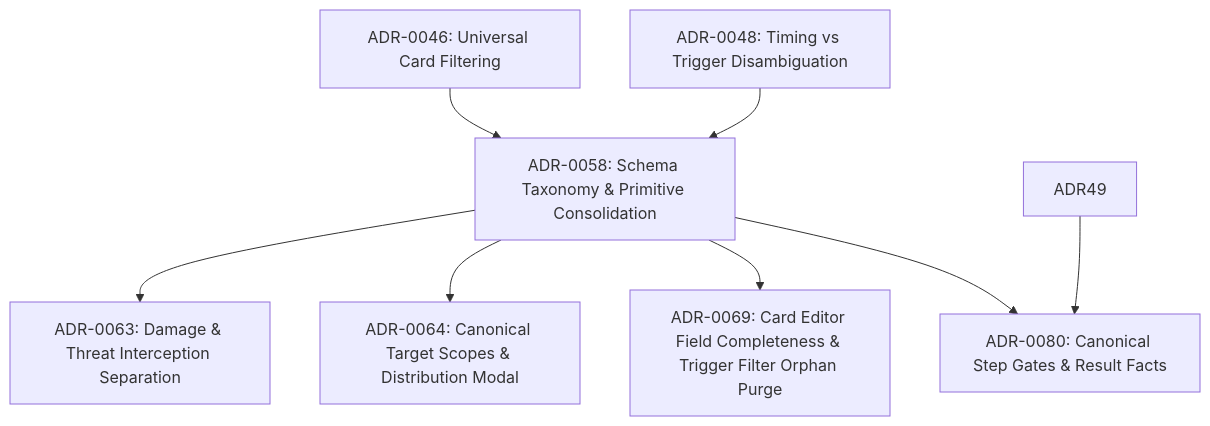
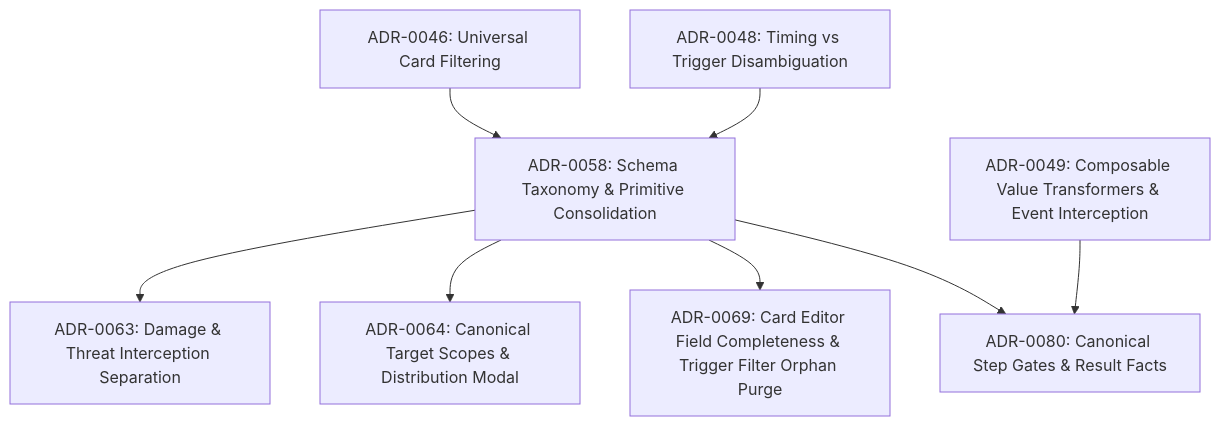
The fourth of 6 diagrams in docs/decisions/README.md (SteveRodrigue/MCD), drawn with Mermaid before and after one commit. The commit also changed other lines of this file and 80 other files, not shown here.

````diff
--- a/docs/decisions/README.md
+++ b/docs/decisions/README.md
@@ -52,10 +52,10 @@
 ```mermaid
 graph TD
     ADR46["ADR-0046: Universal Card Filtering"] --> ADR58["ADR-0058: Schema Taxonomy & Primitive Consolidation"]
     ADR48["ADR-0048: Timing vs Trigger Disambiguation"] --> ADR58
     ADR58 --> ADR63["ADR-0063: Damage & Threat Interception Separation"]
     ADR58 --> ADR64["ADR-0064: Canonical Target Scopes & Distribution Modal"]
     ADR58 --> ADR69["ADR-0069: Card Editor Field Completeness & Trigger Filter Orphan Purge"]
-    ADR49 --> ADR80["ADR-0080: Canonical Step Gates & Result Facts"]
+    ADR49["ADR-0049: Composable Value Transformers & Event Interception"] --> ADR80["ADR-0080: Canonical Step Gates & Result Facts"]
     ADR58 --> ADR80
 ```
````
